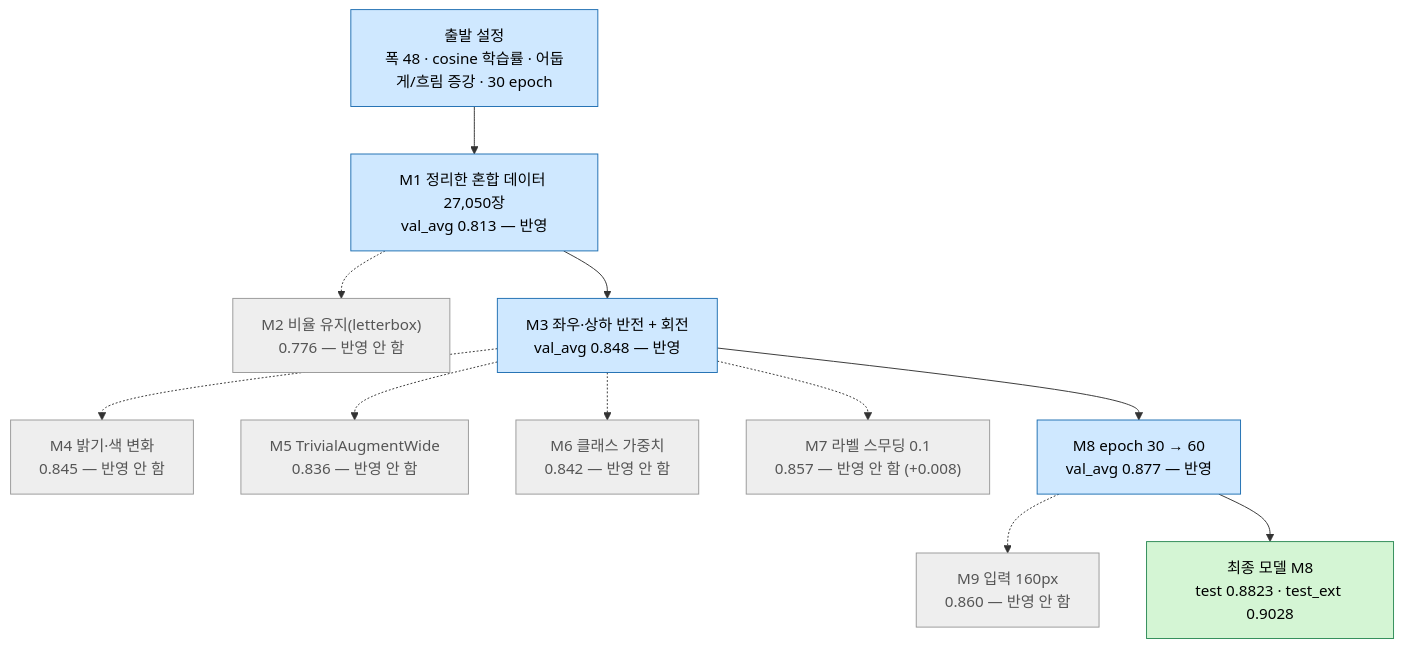
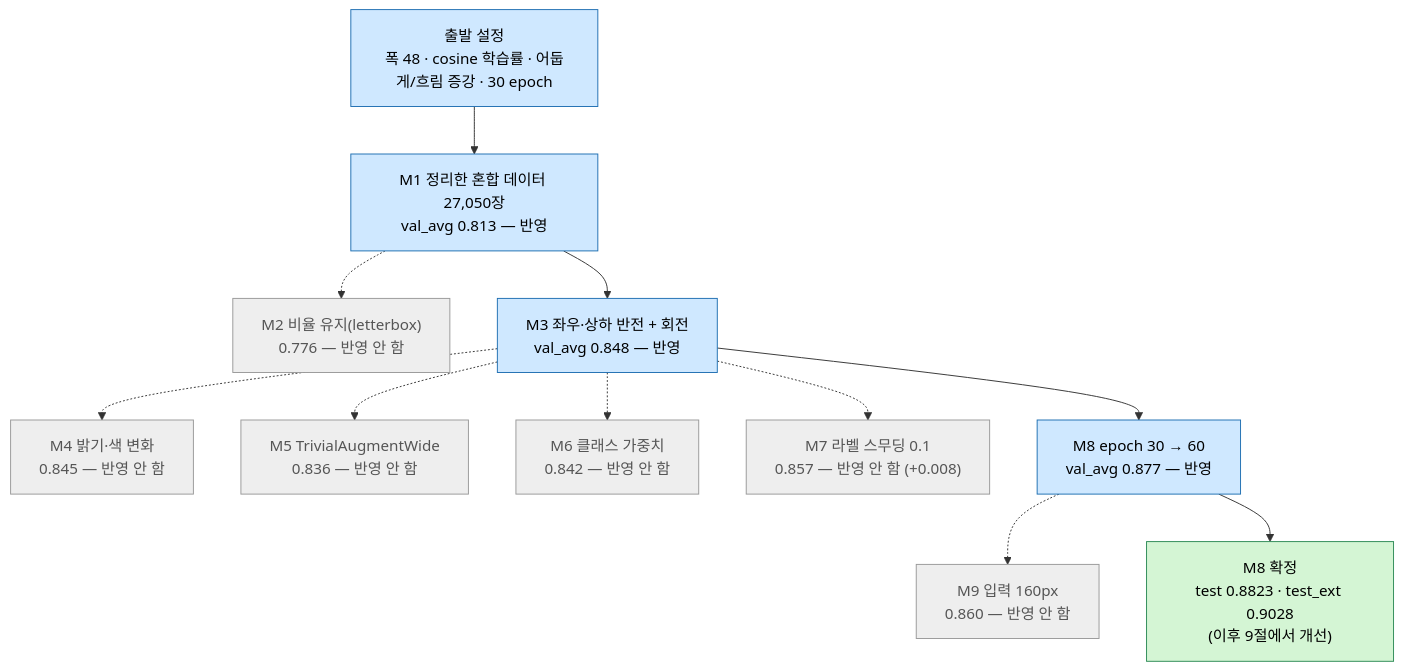
The third of 5 diagrams in README.md (AnSeokHyeon1212/Garbage_Classification), drawn with Mermaid before and after one commit. The commit also changed other lines of this file and 34 other files, not shown here.

````diff
--- a/README.md
+++ b/README.md
@@ -157,20 +162,20 @@
 ```mermaid
 flowchart TD
     S["출발 설정<br/>폭 48 · cosine 학습률 · 어둡게/흐림 증강 · 30 epoch"]
     S --> M1["M1 정리한 혼합 데이터 27,050장<br/>val_avg 0.813 — 반영"]
     M1 -.-> M2["M2 비율 유지(letterbox)<br/>0.776 — 반영 안 함"]
     M1 --> M3["M3 좌우·상하 반전 + 회전<br/>val_avg 0.848 — 반영"]
     M3 -.-> M4["M4 밝기·색 변화<br/>0.845 — 반영 안 함"]
     M3 -.-> M5["M5 TrivialAugmentWide<br/>0.836 — 반영 안 함"]
     M3 -.-> M6["M6 클래스 가중치<br/>0.842 — 반영 안 함"]
     M3 -.-> M7["M7 라벨 스무딩 0.1<br/>0.857 — 반영 안 함 (+0.008)"]
     M3 --> M8["M8 epoch 30 → 60<br/>val_avg 0.877 — 반영"]
     M8 -.-> M9["M9 입력 160px<br/>0.860 — 반영 안 함"]
-    M8 --> F["최종 모델 M8<br/>test 0.8823 · test_ext 0.9028"]
+    M8 --> F["M8 확정<br/>test 0.8823 · test_ext 0.9028<br/>(이후 9절에서 개선)"]
     classDef yes fill:#cfe8ff,stroke:#1f6fb2,color:#000
     classDef no fill:#eeeeee,stroke:#999999,color:#555
     classDef fin fill:#d4f5d4,stroke:#2e8b57,color:#000
     class S,M1,M3,M8 yes
     class M2,M4,M5,M6,M7,M9 no
     class F fin
 ```
````
